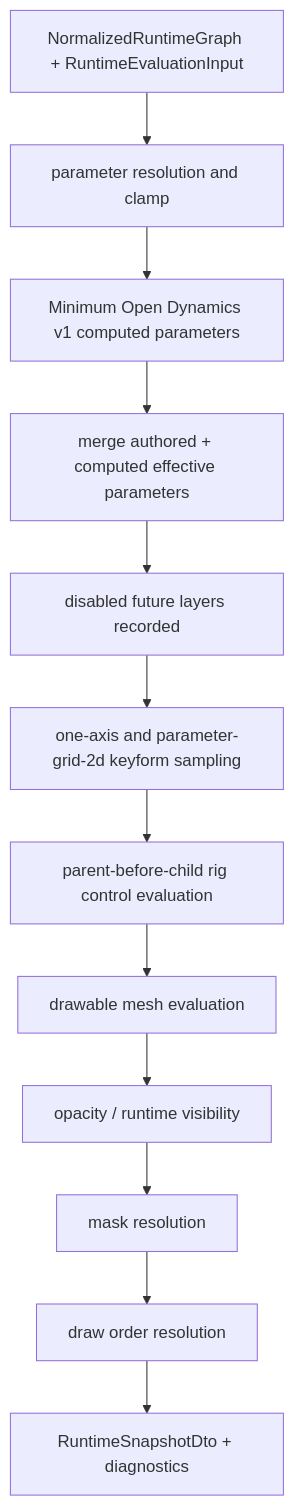
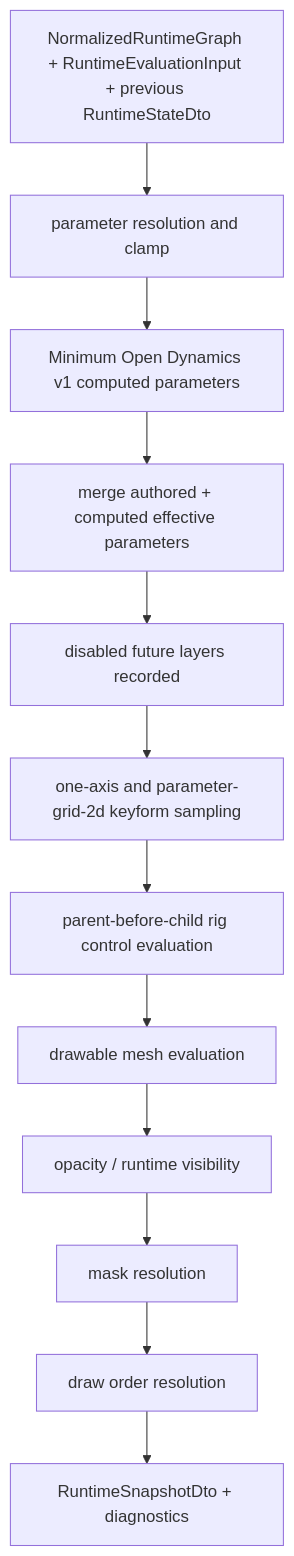
One commit to remie-code/2d-rigging-lab changed the diagram in discussion/design/module-contracts/runtime-core-contract.md. Above: the diagram before and after it, drawn with Mermaid. The commit also changed other lines of this file and 33 other files, not shown here.

````diff
--- a/discussion/design/module-contracts/runtime-core-contract.md
+++ b/discussion/design/module-contracts/runtime-core-contract.md
@@ -483,14 +640,14 @@
 ```mermaid
 flowchart TB
-  input[NormalizedRuntimeGraph + RuntimeEvaluationInput] --> params[parameter resolution and clamp]
+  input[NormalizedRuntimeGraph + RuntimeEvaluationInput + previous RuntimeStateDto] --> params[parameter resolution and clamp]
   params --> dynamics[Minimum Open Dynamics v1 computed parameters]
   dynamics --> effective[merge authored + computed effective parameters]
   effective --> future[disabled future layers recorded]
   future --> keyforms[one-axis and parameter-grid-2d keyform sampling]
   keyforms --> rigControls[parent-before-child rig control evaluation]
   rigControls --> mesh[drawable mesh evaluation]
   mesh --> opacity[opacity / runtime visibility]
   opacity --> mask[mask resolution]
   mask --> drawOrder[draw order resolution]
   drawOrder --> snapshot[RuntimeSnapshotDto + diagnostics]
 ```
````
